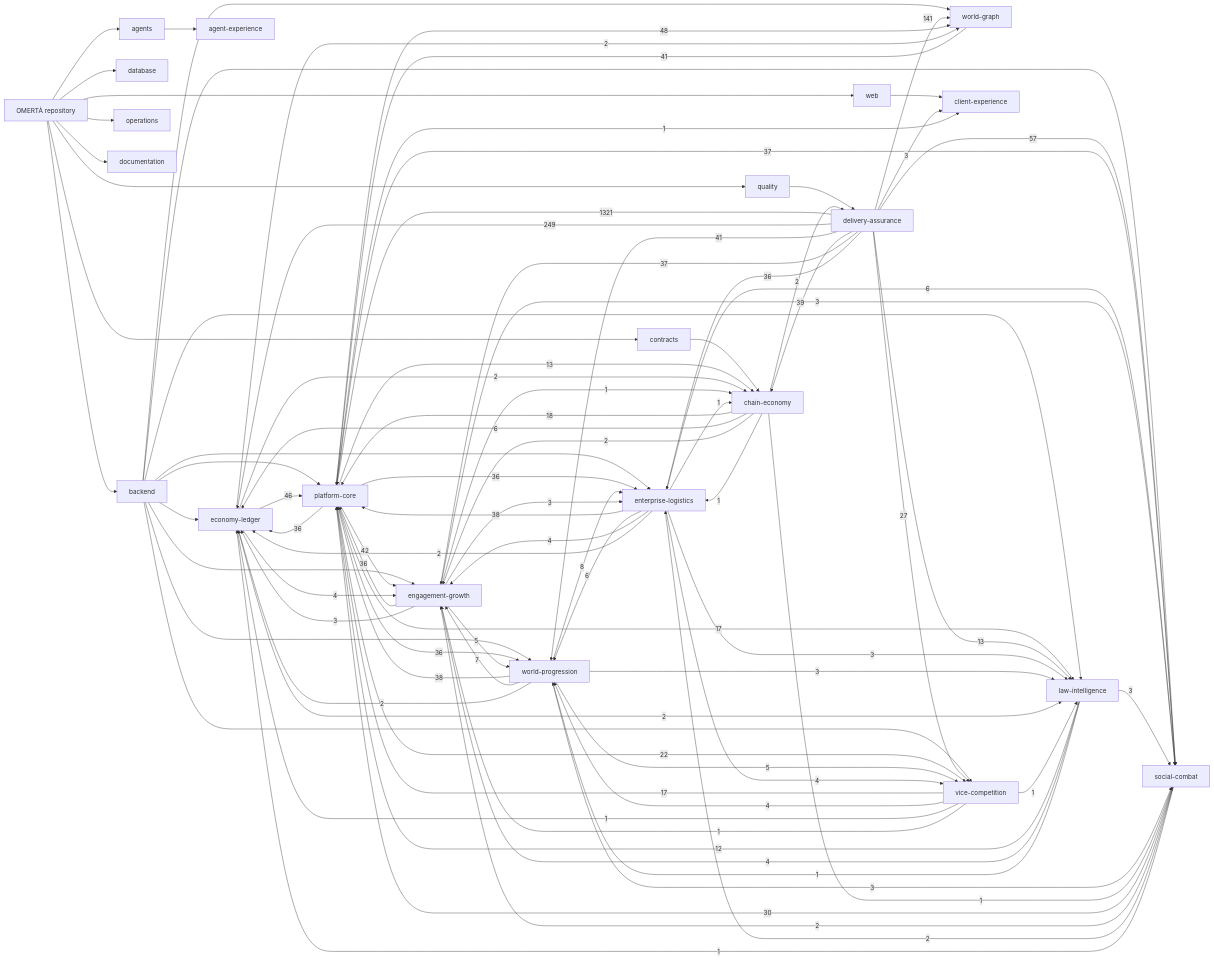
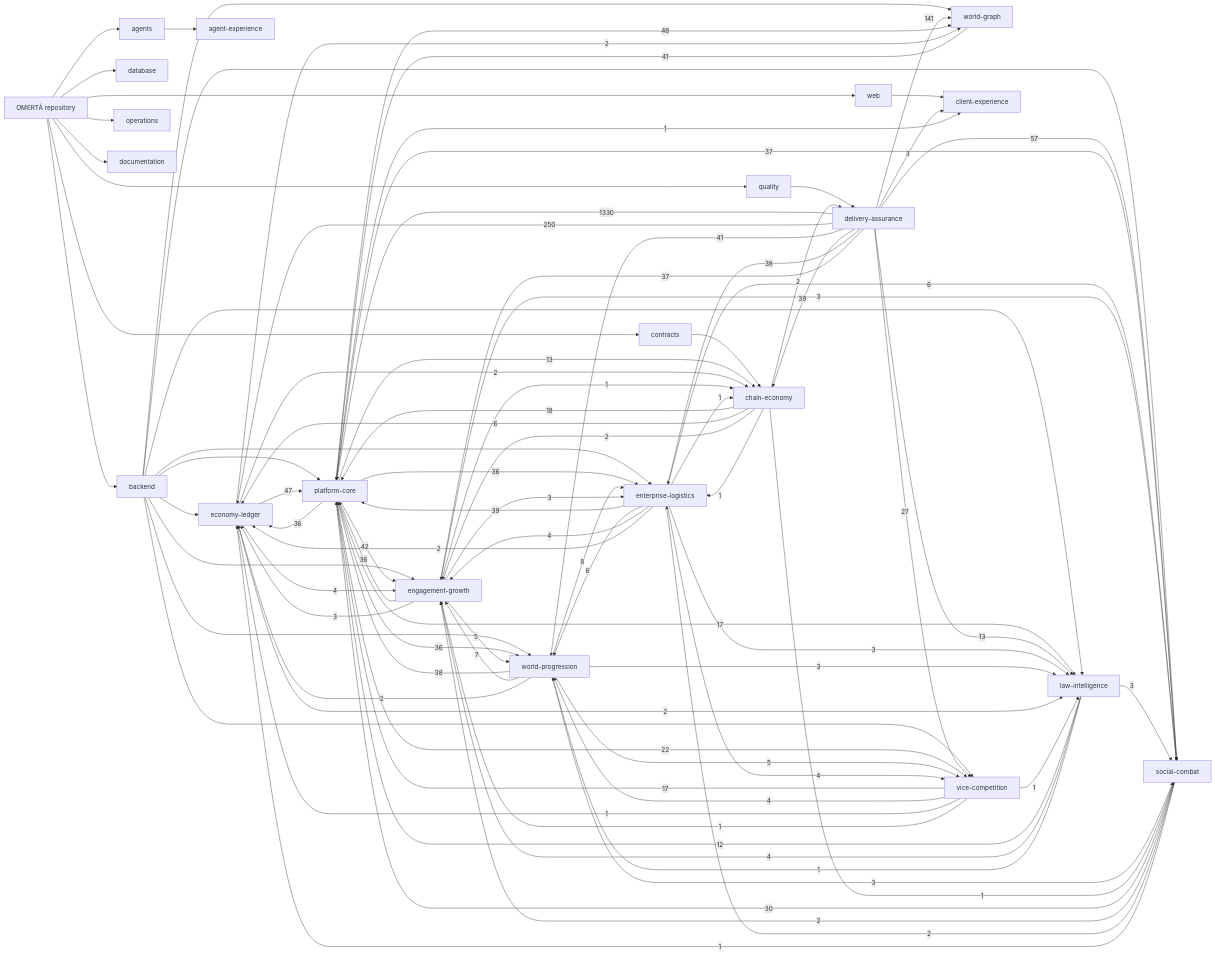
One commit to OmertaDev/Omerta changed the diagram in knowledge/generated/graph.mmd. Above: the diagram before and after it, drawn with Mermaid. The commit also changed 8 other files, not shown here.

```diff
--- a/knowledge/generated/graph.mmd
+++ b/knowledge/generated/graph.mmd
@@ -1,111 +1,111 @@
 flowchart LR
   repo["OMERTÀ repository"]
   sub_backend["backend"]
   repo --> sub_backend
   sub_database["database"]
   repo --> sub_database
   sub_web["web"]
   repo --> sub_web
   sub_contracts["contracts"]
   repo --> sub_contracts
   sub_agents["agents"]
   repo --> sub_agents
   sub_quality["quality"]
   repo --> sub_quality
   sub_operations["operations"]
   repo --> sub_operations
   sub_documentation["documentation"]
   repo --> sub_documentation
   dom_platform-core["platform-core"]
   dom_economy-ledger["economy-ledger"]
   dom_social-combat["social-combat"]
   dom_world-progression["world-progression"]
   dom_world-graph["world-graph"]
   dom_enterprise-logistics["enterprise-logistics"]
   dom_vice-competition["vice-competition"]
   dom_law-intelligence["law-intelligence"]
   dom_chain-economy["chain-economy"]
   dom_engagement-growth["engagement-growth"]
   dom_client-experience["client-experience"]
   dom_agent-experience["agent-experience"]
   dom_delivery-assurance["delivery-assurance"]
   sub_agents --> dom_agent-experience
   sub_backend --> dom_economy-ledger
   sub_backend --> dom_engagement-growth
   sub_backend --> dom_enterprise-logistics
   sub_backend --> dom_law-intelligence
   sub_backend --> dom_platform-core
   sub_backend --> dom_social-combat
   sub_backend --> dom_vice-competition
   sub_backend --> dom_world-graph
   sub_backend --> dom_world-progression
   sub_contracts --> dom_chain-economy
   sub_quality --> dom_delivery-assurance
   sub_web --> dom_client-experience
-  dom_delivery-assurance -->|1321| dom_platform-core
-  dom_delivery-assurance -->|249| dom_economy-ledger
+  dom_delivery-assurance -->|1330| dom_platform-core
+  dom_delivery-assurance -->|250| dom_economy-ledger
   dom_delivery-assurance -->|141| dom_world-graph
   dom_delivery-assurance -->|57| dom_social-combat
   dom_platform-core -->|48| dom_world-graph
-  dom_economy-ledger -->|46| dom_platform-core
+  dom_economy-ledger -->|47| dom_platform-core
   dom_platform-core -->|42| dom_engagement-growth
   dom_delivery-assurance -->|41| dom_world-progression
   dom_world-graph -->|41| dom_platform-core
   dom_delivery-assurance -->|39| dom_chain-economy
-  dom_enterprise-logistics -->|38| dom_platform-core
+  dom_enterprise-logistics -->|39| dom_platform-core
+  dom_delivery-assurance -->|38| dom_enterprise-logistics
   dom_world-progression -->|38| dom_platform-core
   dom_delivery-assurance -->|37| dom_engagement-growth
   dom_platform-core -->|37| dom_social-combat
-  dom_delivery-assurance -->|36| dom_enterprise-logistics
   dom_engagement-growth -->|36| dom_platform-core
   dom_platform-core -->|36| dom_economy-ledger
   dom_platform-core -->|36| dom_enterprise-logistics
   dom_platform-core -->|36| dom_world-progression
   dom_social-combat -->|30| dom_platform-core
   dom_delivery-assurance -->|27| dom_vice-competition
   dom_platform-core -->|22| dom_vice-competition
   dom_chain-economy -->|18| dom_platform-core
   dom_platform-core -->|17| dom_law-intelligence
   dom_vice-competition -->|17| dom_platform-core
   dom_delivery-assurance -->|13| dom_law-intelligence
   dom_platform-core -->|13| dom_chain-economy
   dom_law-intelligence -->|12| dom_platform-core
   dom_world-progression -->|8| dom_enterprise-logistics
   dom_world-progression -->|7| dom_engagement-growth
   dom_chain-economy -->|6| dom_economy-ledger
   dom_enterprise-logistics -->|6| dom_social-combat
   dom_enterprise-logistics -->|6| dom_world-progression
   dom_engagement-growth -->|5| dom_world-progression
   dom_world-progression -->|5| dom_vice-competition
   dom_economy-ledger -->|4| dom_engagement-growth
   dom_enterprise-logistics -->|4| dom_engagement-growth
   dom_enterprise-logistics -->|4| dom_vice-competition
   dom_law-intelligence -->|4| dom_engagement-growth
   dom_vice-competition -->|4| dom_world-progression
   dom_delivery-assurance -->|3| dom_client-experience
   dom_engagement-growth -->|3| dom_economy-ledger
   dom_engagement-growth -->|3| dom_enterprise-logistics
   dom_engagement-growth -->|3| dom_social-combat
   dom_enterprise-logistics -->|3| dom_law-intelligence
   dom_law-intelligence -->|3| dom_social-combat
   dom_world-progression -->|3| dom_law-intelligence
   dom_world-progression -->|3| dom_social-combat
   dom_chain-economy -->|2| dom_delivery-assurance
   dom_chain-economy -->|2| dom_engagement-growth
   dom_economy-ledger -->|2| dom_chain-economy
   dom_economy-ledger -->|2| dom_law-intelligence
   dom_economy-ledger -->|2| dom_world-graph
   dom_enterprise-logistics -->|2| dom_economy-ledger
   dom_social-combat -->|2| dom_engagement-growth
   dom_social-combat -->|2| dom_enterprise-logistics
   dom_world-progression -->|2| dom_economy-ledger
   dom_chain-economy -->|1| dom_enterprise-logistics
   dom_chain-economy -->|1| dom_social-combat
   dom_engagement-growth -->|1| dom_chain-economy
   dom_enterprise-logistics -->|1| dom_chain-economy
   dom_law-intelligence -->|1| dom_world-progression
   dom_platform-core -->|1| dom_client-experience
   dom_social-combat -->|1| dom_economy-ledger
   dom_vice-competition -->|1| dom_economy-ledger
   dom_vice-competition -->|1| dom_engagement-growth
   dom_vice-competition -->|1| dom_law-intelligence
```
